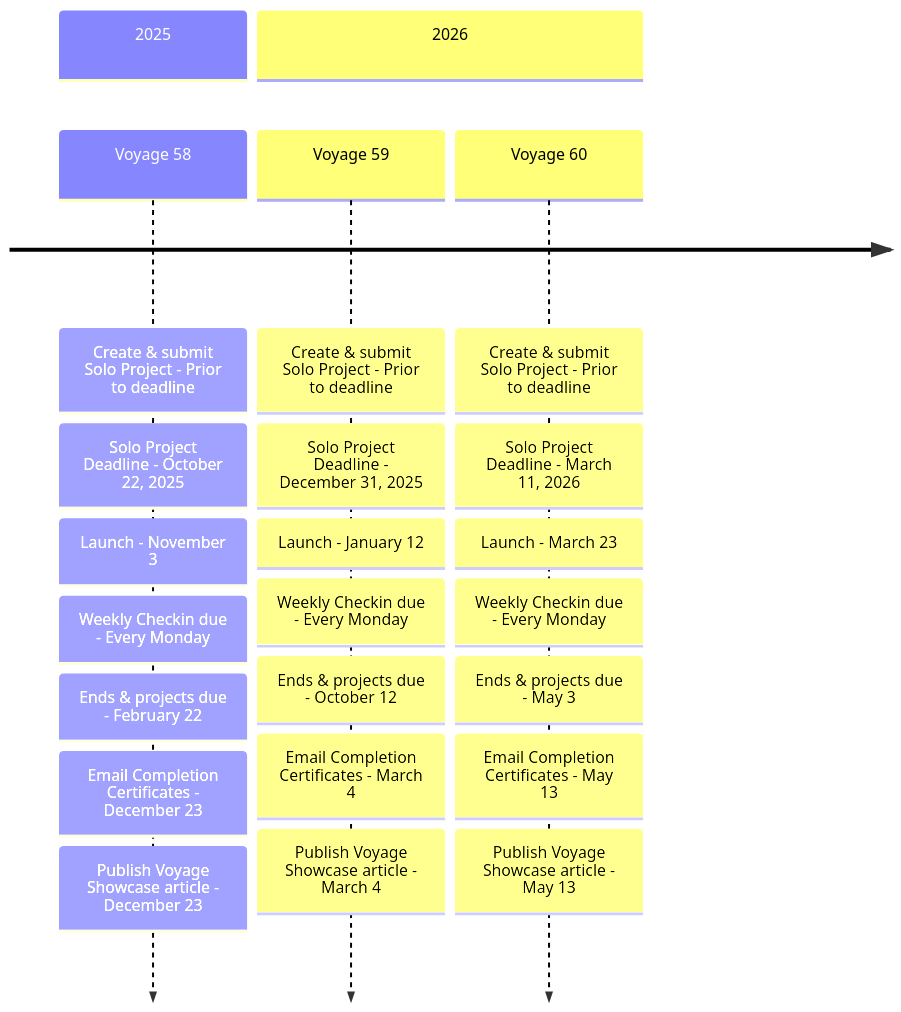
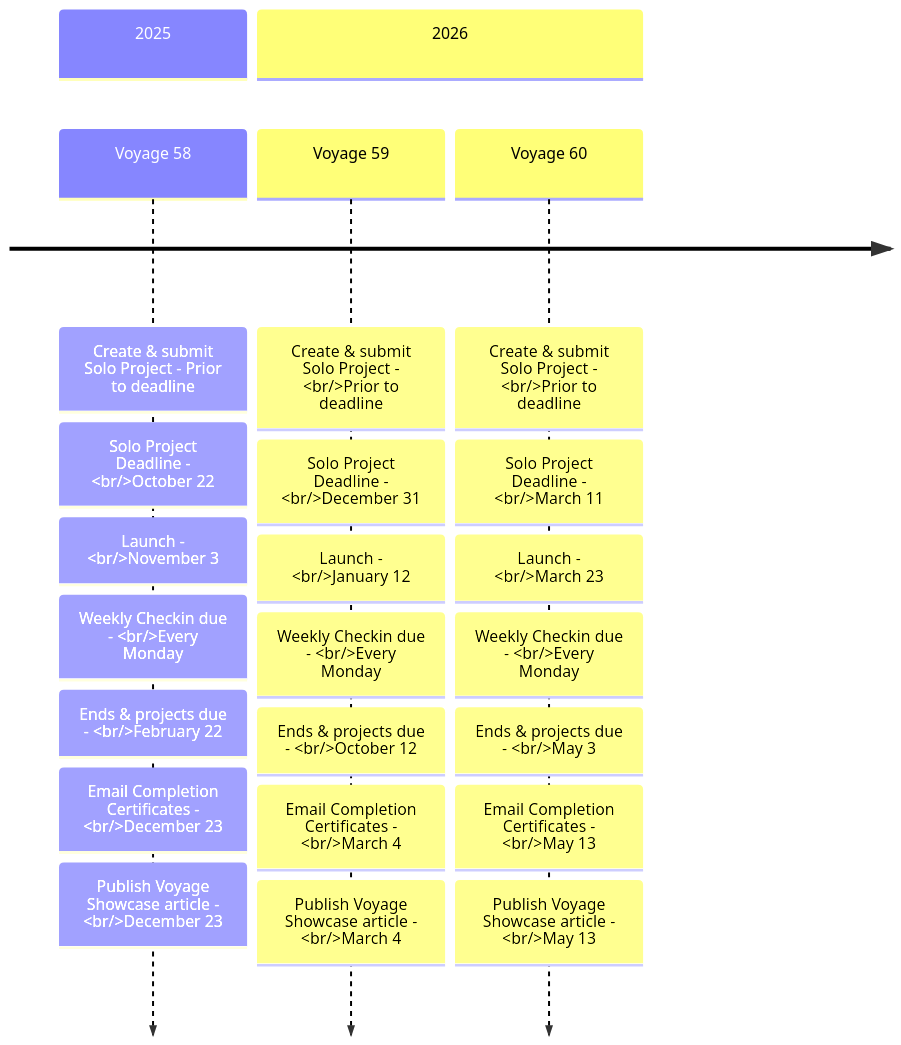
One commit to chingu-voyages/Handbook changed the first of 3 diagrams in docs/guides/voyage/voyage.md. Above: the diagram before and after it, drawn with Mermaid.

Commit message:
Feature: Reformat voyage schedule timeline sections

````diff
--- a/docs/guides/voyage/voyage.md
+++ b/docs/guides/voyage/voyage.md
@@ -31,26 +31,26 @@
 ```mermaid
   timeline
     section 2025
       Voyage 58: Create & submit Solo Project - Prior to deadline
-               : Solo Project Deadline - October 22, 2025
-               : Launch - November 3
-               : Weekly Checkin due - Every Monday
-               : Ends & projects due - February 22
-               : Email Completion Certificates - December 23
-               : Publish Voyage Showcase article - December 23
+               : Solo Project Deadline - <br/>October 22
+               : Launch - <br/>November 3
+               : Weekly Checkin due - <br/>Every Monday
+               : Ends & projects due - <br/>February 22
+               : Email Completion Certificates - <br/>December 23
+               : Publish Voyage Showcase article - <br/>December 23
     section 2026
-      Voyage 59: Create & submit Solo Project - Prior to deadline
-               : Solo Project Deadline - December 31, 2025
-               : Launch - January 12
-               : Weekly Checkin due - Every Monday
-               : Ends & projects due - October 12
-               : Email Completion Certificates - March 4
-               : Publish Voyage Showcase article - March 4
-      Voyage 60: Create & submit Solo Project - Prior to deadline
-               : Solo Project Deadline - March 11, 2026
-               : Launch - March 23 
-               : Weekly Checkin due - Every Monday
-               : Ends & projects due - May 3
-               : Email Completion Certificates - May 13
-               : Publish Voyage Showcase article - May 13
+      Voyage 59: Create & submit Solo Project - <br/>Prior to deadline
+               : Solo Project Deadline - <br/>December 31
+               : Launch - <br/>January 12
+               : Weekly Checkin due - <br/>Every Monday
+               : Ends & projects due - <br/>October 12
+               : Email Completion Certificates - <br/>March 4
+               : Publish Voyage Showcase article - <br/>March 4
+      Voyage 60: Create & submit Solo Project - <br/>Prior to deadline
+               : Solo Project Deadline - <br/>March 11
+               : Launch - <br/>March 23 
+               : Weekly Checkin due - <br/>Every Monday
+               : Ends & projects due - <br/>May 3
+               : Email Completion Certificates - <br/>May 13
+               : Publish Voyage Showcase article - <br/>May 13
 ```
````
